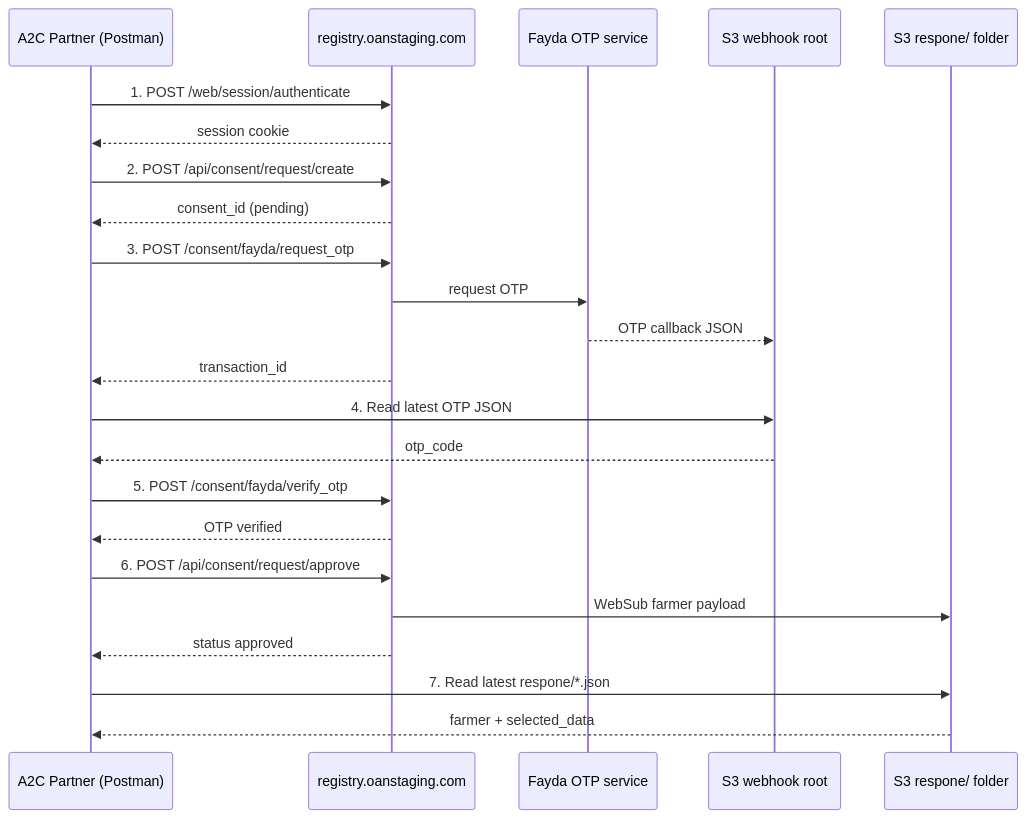
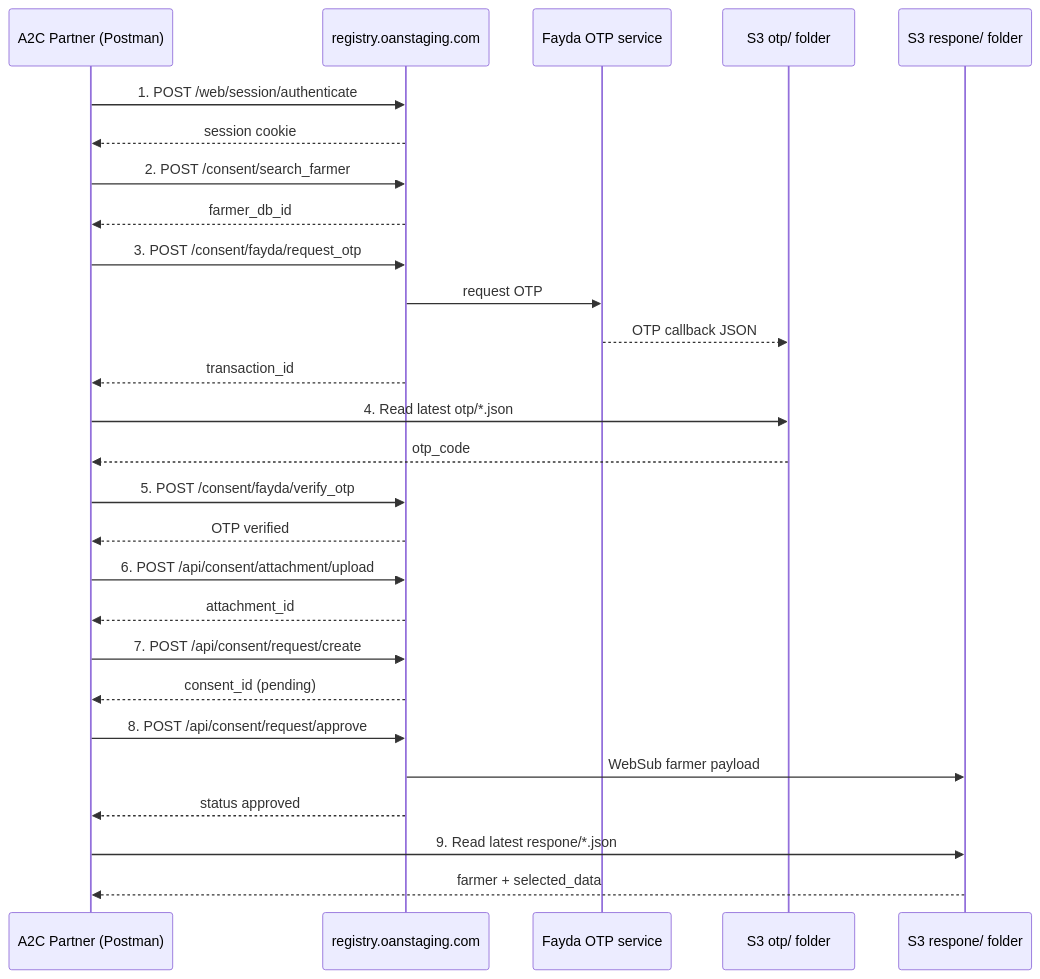
One commit to Centre-for-Open-Societal-Systems/oan_ethiopia_bank_api_docs changed the diagram in consent_management_postman_registry_a2c.md. Above: the diagram before and after it, drawn with Mermaid. The commit also changed other lines of this file and 4 other files, not shown here.

Commit message:
Updated API collection and docs, Includes HTTPs from HTTP and attachement before creating consent.

````diff
--- a/consent_management_postman_registry_a2c.md
+++ b/consent_management_postman_registry_a2c.md
@@ -29,32 +32,38 @@
 ```mermaid
 sequenceDiagram
     participant Partner as A2C Partner (Postman)
     participant Registry as registry.oanstaging.com
     participant Fayda as Fayda OTP service
-    participant OTPBucket as S3 webhook root
+    participant OTPBucket as S3 otp/ folder
     participant RespBucket as S3 respone/ folder
 
     Partner->>Registry: 1. POST /web/session/authenticate
     Registry-->>Partner: session cookie
 
-    Partner->>Registry: 2. POST /api/consent/request/create
-    Registry-->>Partner: consent_id (pending)
+    Partner->>Registry: 2. POST /consent/search_farmer
+    Registry-->>Partner: farmer_db_id
 
     Partner->>Registry: 3. POST /consent/fayda/request_otp
     Registry->>Fayda: request OTP
     Fayda-->>OTPBucket: OTP callback JSON
     Registry-->>Partner: transaction_id
 
-    Partner->>OTPBucket: 4. Read latest OTP JSON
+    Partner->>OTPBucket: 4. Read latest otp/*.json
     OTPBucket-->>Partner: otp_code
 
     Partner->>Registry: 5. POST /consent/fayda/verify_otp
     Registry-->>Partner: OTP verified
 
-    Partner->>Registry: 6. POST /api/consent/request/approve
+    Partner->>Registry: 6. POST /api/consent/attachment/upload
+    Registry-->>Partner: attachment_id
+
+    Partner->>Registry: 7. POST /api/consent/request/create
+    Registry-->>Partner: consent_id (pending)
+
+    Partner->>Registry: 8. POST /api/consent/request/approve
     Registry->>RespBucket: WebSub farmer payload
     Registry-->>Partner: status approved
 
-    Partner->>RespBucket: 7. Read latest respone/*.json
+    Partner->>RespBucket: 9. Read latest respone/*.json
     RespBucket-->>Partner: farmer + selected_data
 ```
````
